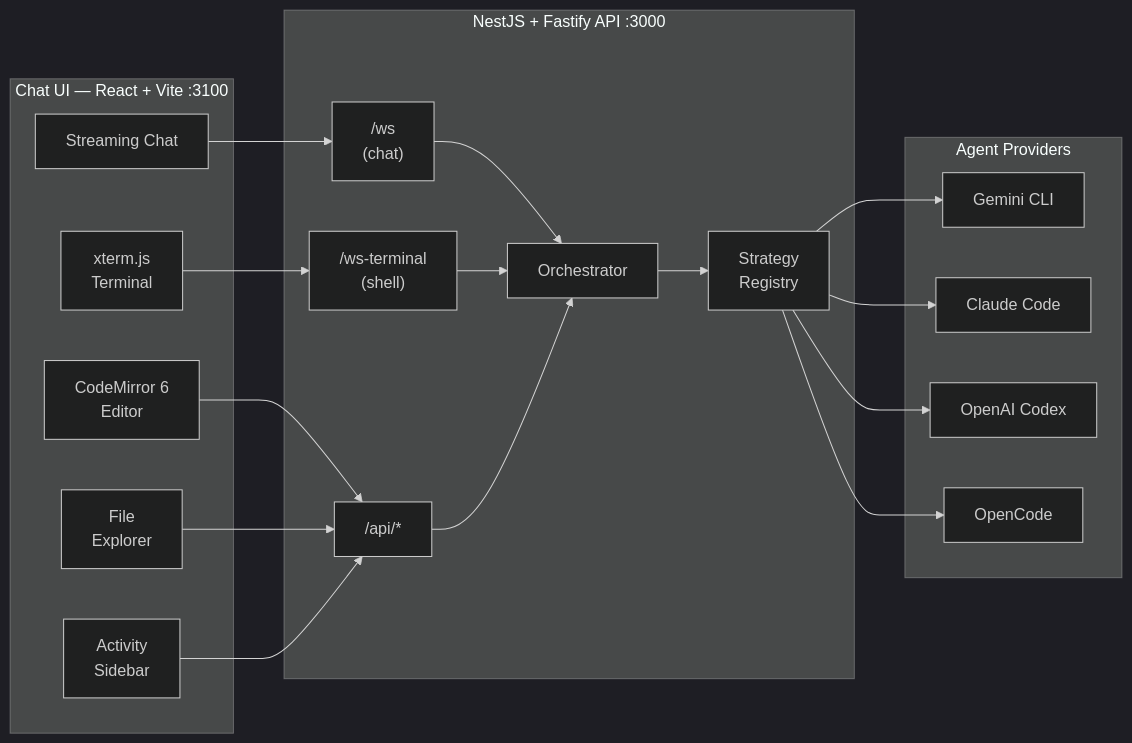
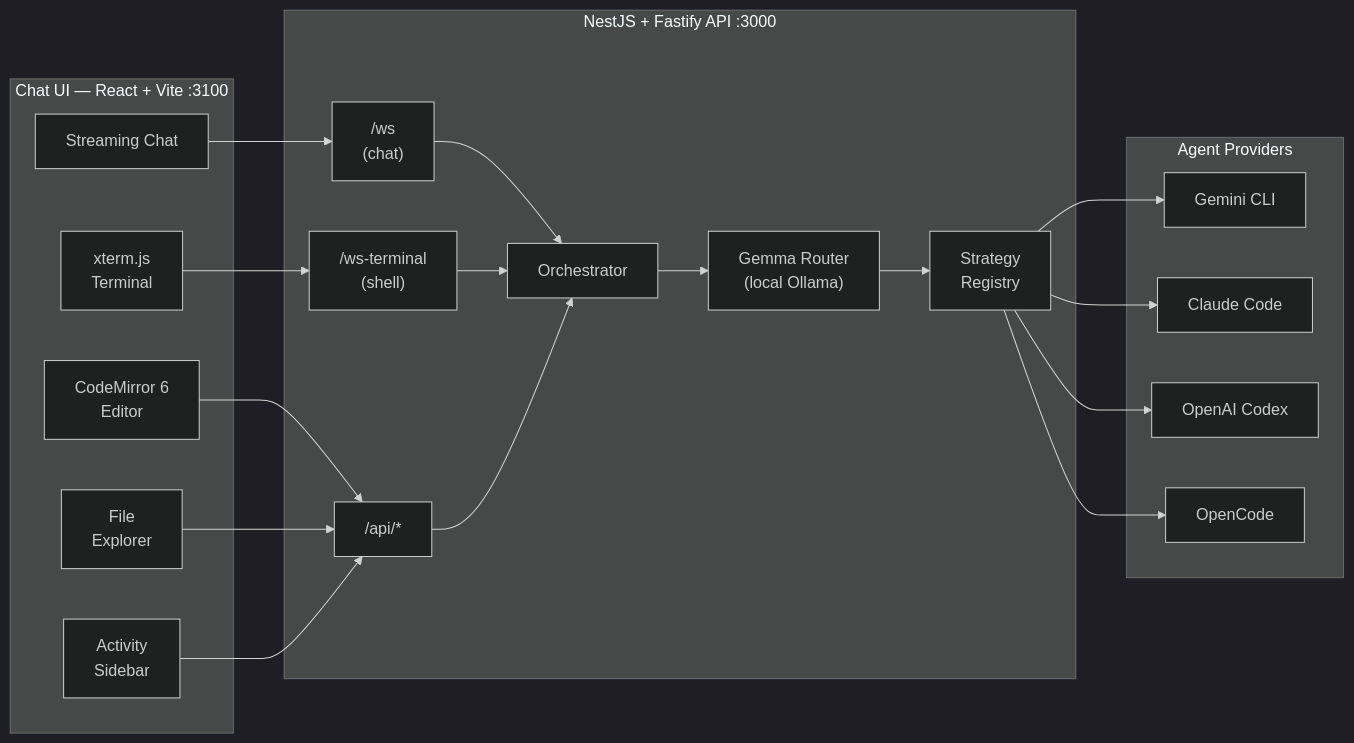
One commit to phoenix-playgrounds/phoenix-agent-oauth changed the diagram in README.md. Above: the diagram before and after it, drawn with Mermaid (dark theme). The commit also changed other lines of this file and 13 other files, not shown here.

First line of the commit message:
feat(gemma-router): add local LLM intent router with MCP tool hints

````diff
--- a/README.md
+++ b/README.md
@@ -55,39 +56,41 @@
 ```mermaid
 flowchart LR
   subgraph UI ["Chat UI — React + Vite :3100"]
     Chat["Streaming Chat"]
     Editor["CodeMirror 6\nEditor"]
     Terminal["xterm.js\nTerminal"]
     Sidebar["Activity\nSidebar"]
     Explorer["File\nExplorer"]
   end
 
   subgraph API ["NestJS + Fastify API :3000"]
     WS["/ws\n(chat)"]
     WSTerm["/ws-terminal\n(shell)"]
     REST["/api/*"]
     Orch["Orchestrator"]
+    Gemma["Gemma Router\n(local Ollama)"]
     Strategies["Strategy\nRegistry"]
   end
 
   subgraph Providers ["Agent Providers"]
     Gemini["Gemini CLI"]
     Claude["Claude Code"]
     Codex["OpenAI Codex"]
     OpenCode["OpenCode"]
   end
 
   Chat --> WS
   Terminal --> WSTerm
   Editor --> REST
   Explorer --> REST
   Sidebar --> REST
   WS --> Orch
   WSTerm --> Orch
   REST --> Orch
-  Orch --> Strategies
+  Orch --> Gemma
+  Gemma --> Strategies
   Strategies --> Gemini
   Strategies --> Claude
   Strategies --> Codex
   Strategies --> OpenCode
 ```
````
